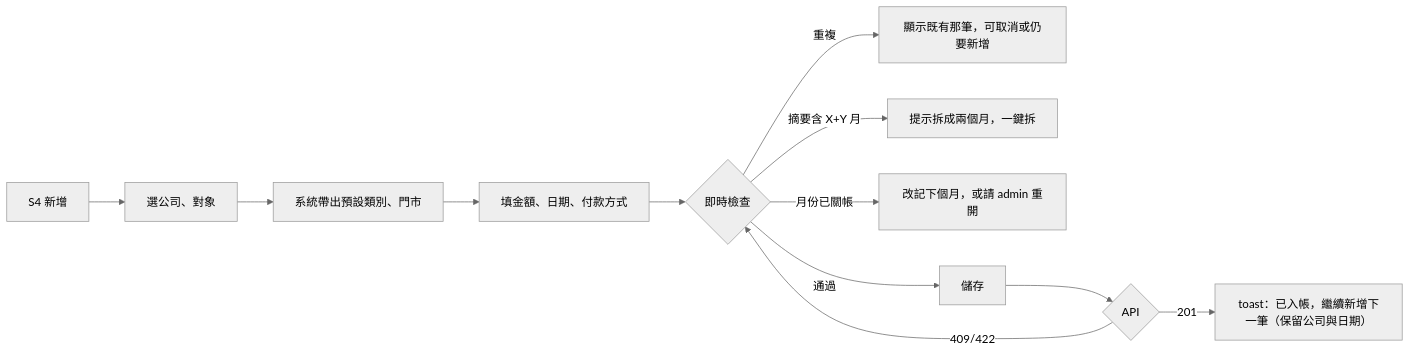
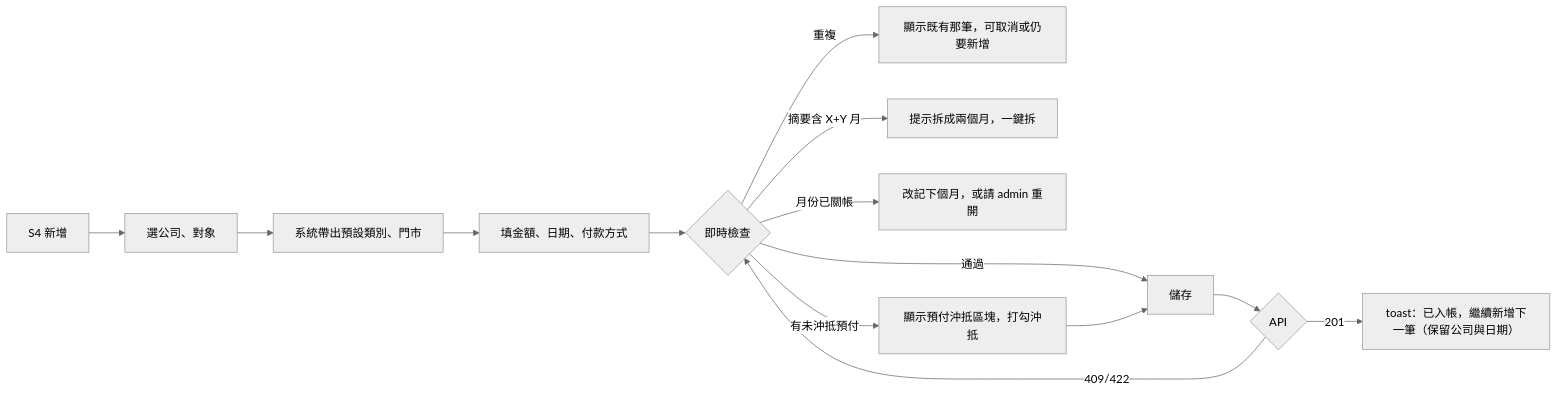
The fourth of 8 diagrams in docs/帳務損益系統_開發文件.md (natintw/chefpl), drawn with Mermaid (neutral theme) before and after one commit. The commit also changed other lines of this file and 33 other files, not shown here.

````diff
--- a/docs/帳務損益系統_開發文件.md
+++ b/docs/帳務損益系統_開發文件.md
@@ -1438,14 +1951,16 @@
 ```mermaid
 flowchart LR
   A[S4 新增] --> B[選公司、對象]
   B --> C[系統帶出預設類別、門市]
   C --> D[填金額、日期、付款方式]
   D --> E{即時檢查}
   E -- 重複 --> E1[顯示既有那筆，可取消或仍要新增]
   E -- 摘要含 X+Y 月 --> E2[提示拆成兩個月，一鍵拆]
   E -- 月份已關帳 --> E3[改記下個月，或請 admin 重開]
+  E -- 有未沖抵預付 --> E4[顯示預付沖抵區塊，打勾沖抵]
   E -- 通過 --> F[儲存]
+  E4 --> F
   F --> G{API}
   G -- 201 --> H[toast：已入帳，繼續新增下一筆（保留公司與日期）]
   G -- 409/422 --> E
 ```
````
